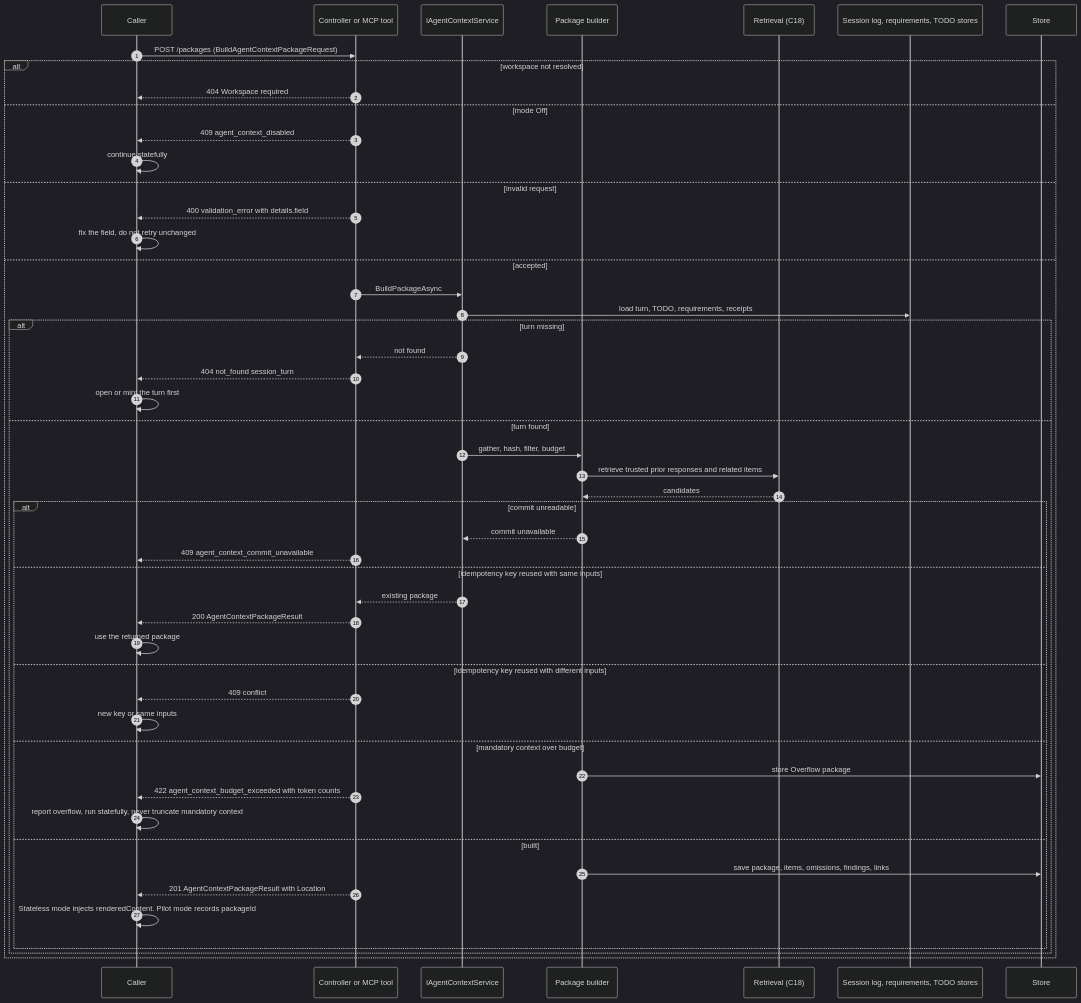
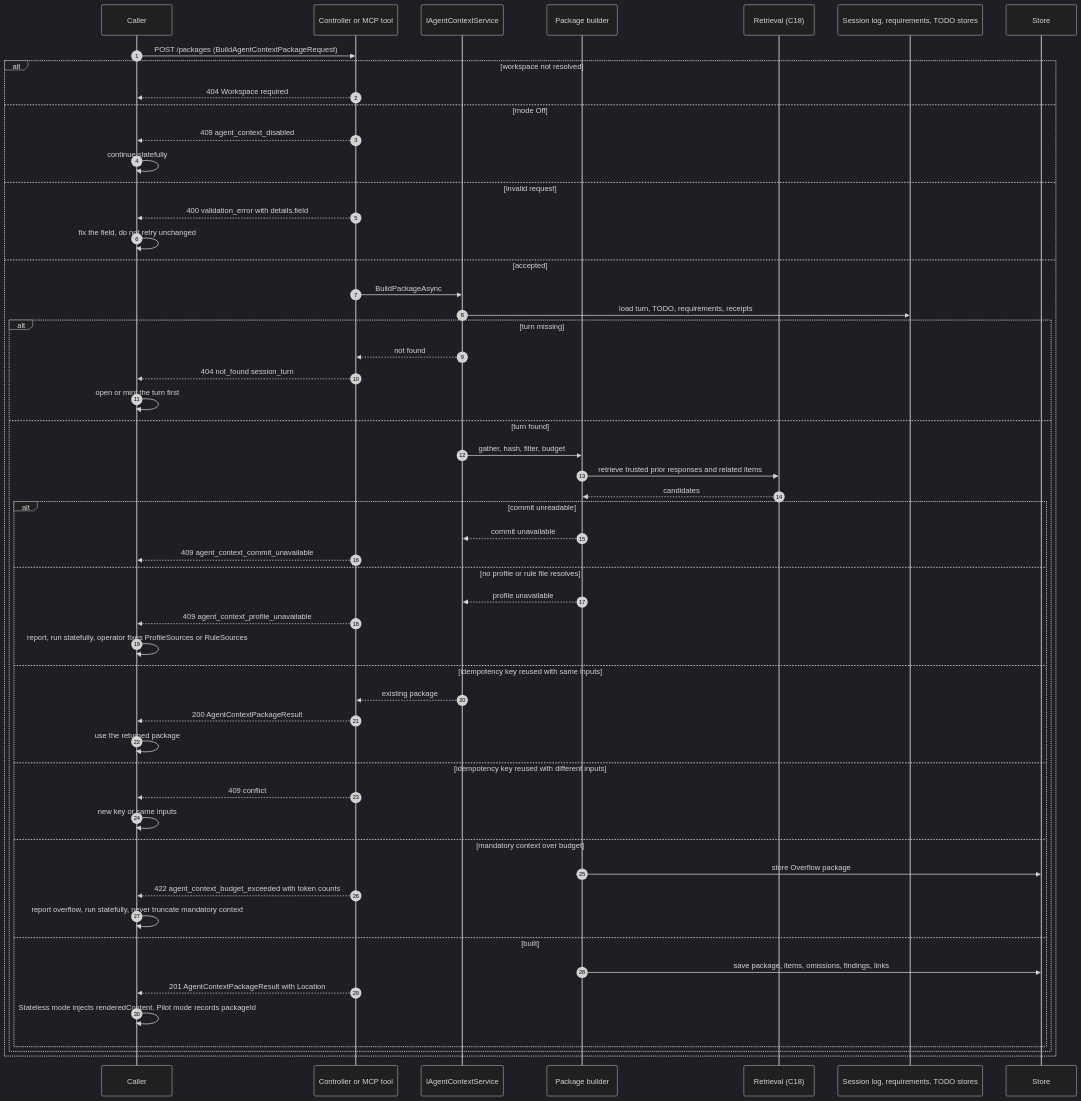
Before and after one commit to sharpninja/McpServer: diagram 25 of 49 in docs/Stateless-Agent-Context-Management.md, drawn with Mermaid (dark theme). The commit also changed other lines of this file and 2 other files, not shown here.

First line of the commit message:
docs: refine stateless agent context management after what-if review

````diff
--- a/docs/Stateless-Agent-Context-Management.md
+++ b/docs/Stateless-Agent-Context-Management.md
@@ -796,52 +822,56 @@
 ```mermaid
 sequenceDiagram
     autonumber
     participant Caller
     participant API as Controller or MCP tool
     participant SVC as IAgentContextService
     participant B as Package builder
     participant RT as Retrieval (C18)
     participant SL as Session log, requirements, TODO stores
     participant DB as Store
     Caller->>API: POST /packages (BuildAgentContextPackageRequest)
     alt workspace not resolved
         API-->>Caller: 404 Workspace required
     else mode Off
         API-->>Caller: 409 agent_context_disabled
         Caller->>Caller: continue statefully
     else invalid request
         API-->>Caller: 400 validation_error with details.field
         Caller->>Caller: fix the field, do not retry unchanged
     else accepted
         API->>SVC: BuildPackageAsync
         SVC->>SL: load turn, TODO, requirements, receipts
         alt turn missing
             SVC-->>API: not found
             API-->>Caller: 404 not_found session_turn
             Caller->>Caller: open or mint the turn first
         else turn found
             SVC->>B: gather, hash, filter, budget
             B->>RT: retrieve trusted prior responses and related items
             RT-->>B: candidates
             alt commit unreadable
                 B-->>SVC: commit unavailable
                 API-->>Caller: 409 agent_context_commit_unavailable
+            else no profile or rule file resolves
+                B-->>SVC: profile unavailable
+                API-->>Caller: 409 agent_context_profile_unavailable
+                Caller->>Caller: report, run statefully, operator fixes ProfileSources or RuleSources
             else idempotency key reused with same inputs
                 SVC-->>API: existing package
                 API-->>Caller: 200 AgentContextPackageResult
                 Caller->>Caller: use the returned package
             else idempotency key reused with different inputs
                 API-->>Caller: 409 conflict
                 Caller->>Caller: new key or same inputs
             else mandatory context over budget
                 B->>DB: store Overflow package
                 API-->>Caller: 422 agent_context_budget_exceeded with token counts
                 Caller->>Caller: report overflow, run statefully, never truncate mandatory context
             else built
                 B->>DB: save package, items, omissions, findings, links
                 API-->>Caller: 201 AgentContextPackageResult with Location
                 Caller->>Caller: Stateless mode injects renderedContent. Pilot mode records packageId
             end
         end
     end
 ```
````
